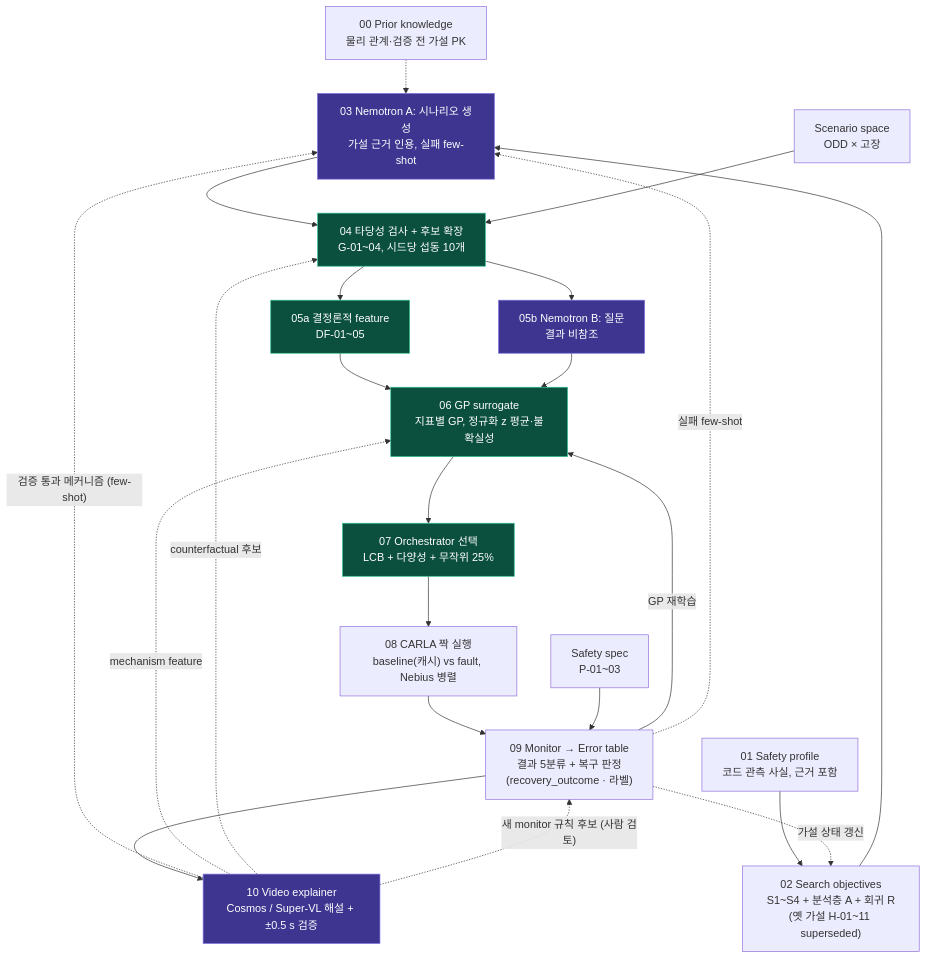
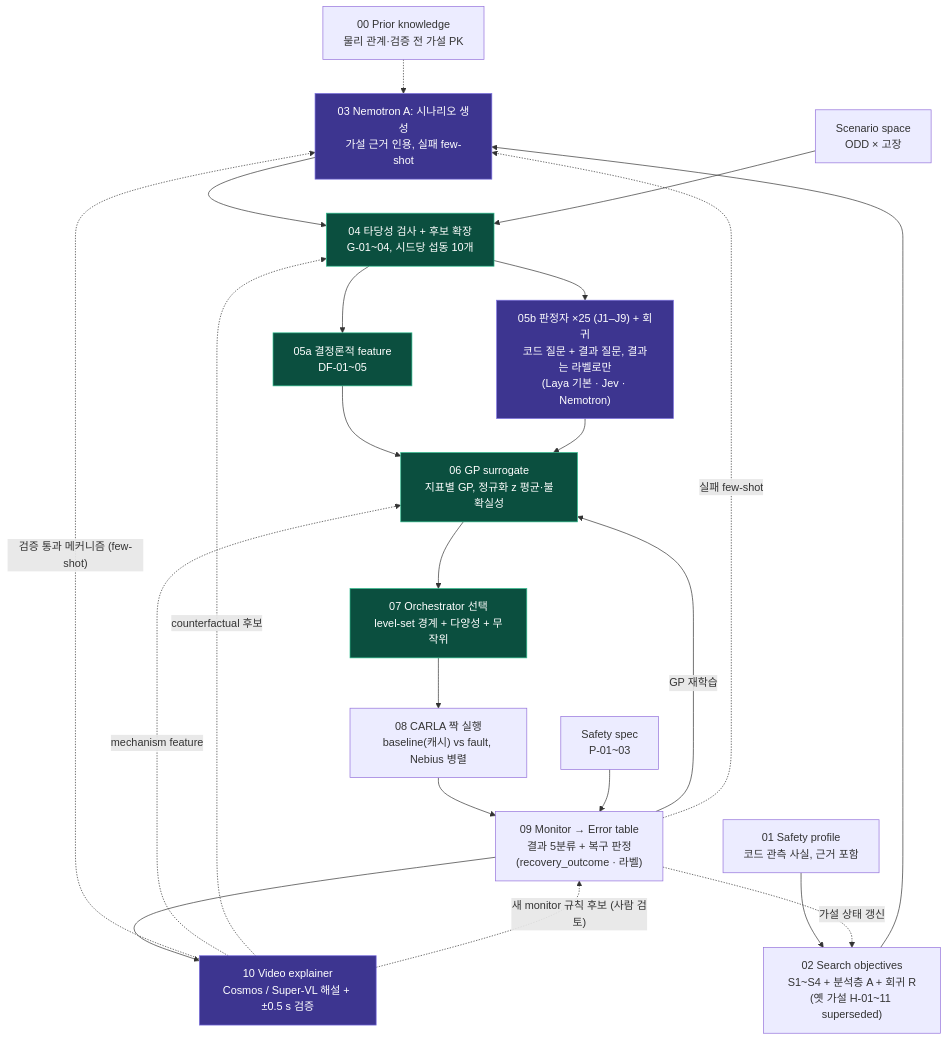
The diagram in pipeline/README.md (yoonju04/SIL_HACKATHON), drawn with Mermaid before and after one commit. The commit also changed other lines of this file and 22 other files, not shown here.

````diff
--- a/pipeline/README.md
+++ b/pipeline/README.md
@@ -6,30 +6,30 @@
 ```mermaid
 flowchart TD
     PK["00 Prior knowledge<br/>물리 관계·검증 전 가설 PK"] -.-> NA
     SP["01 Safety profile<br/>코드 관측 사실, 근거 포함"] --> HY
     HY["02 Search objectives<br/>S1~S4 + 분석층 A + 회귀 R<br/>(옛 가설 H-01~11 superseded)"] --> NA
     NA["03 Nemotron A: 시나리오 생성<br/>가설 근거 인용, 실패 few-shot"] --> FE
     SS["Scenario space<br/>ODD × 고장"] --> FE
     FE["04 타당성 검사 + 후보 확장<br/>G-01~04, 시드당 섭동 10개"] --> DF & NB
     DF["05a 결정론적 feature<br/>DF-01~05"] --> GP
-    NB["05b Nemotron B: 질문<br/>결과 비참조"] --> GP
+    NB["05b 판정자 ×25 (J1–J9) + 회귀<br/>코드 질문 + 결과 질문, 결과는 라벨로만<br/>(Laya 기본 · Jev · Nemotron)"] --> GP
     GP["06 GP surrogate<br/>지표별 GP, 정규화 z 평균·불확실성"] --> OR
-    OR["07 Orchestrator 선택<br/>LCB + 다양성 + 무작위 25%"] --> CR
+    OR["07 Orchestrator 선택<br/>level-set 경계 + 다양성 + 무작위"] --> CR
     CR["08 CARLA 짝 실행<br/>baseline(캐시) vs fault, Nebius 병렬"] --> MO
     SPEC["Safety spec<br/>P-01~03"] --> MO
     MO["09 Monitor → Error table<br/>결과 5분류 + 복구 판정<br/>(recovery_outcome · 라벨)"]
     MO --> VE["10 Video explainer<br/>Cosmos / Super-VL 해설 + ±0.5 s 검증"]
 
     MO -- "GP 재학습" --> GP
     VE -. "검증 통과 메커니즘 (few-shot)" .-> NA
     VE -. "mechanism feature" .-> GP
     VE -. "counterfactual 후보" .-> FE
     VE -. "새 monitor 규칙 후보 (사람 검토)" .-> MO
     MO -. "실패 few-shot" .-> NA
     MO -. "가설 상태 갱신" .-> HY
 
     classDef nemotron fill:#3d3590,stroke:#7b70e0,color:#fff
     classDef det fill:#0b4f3f,stroke:#2fbf8f,color:#fff
     class NA,NB,VE nemotron
     class FE,DF,GP,OR det
 ```
````
